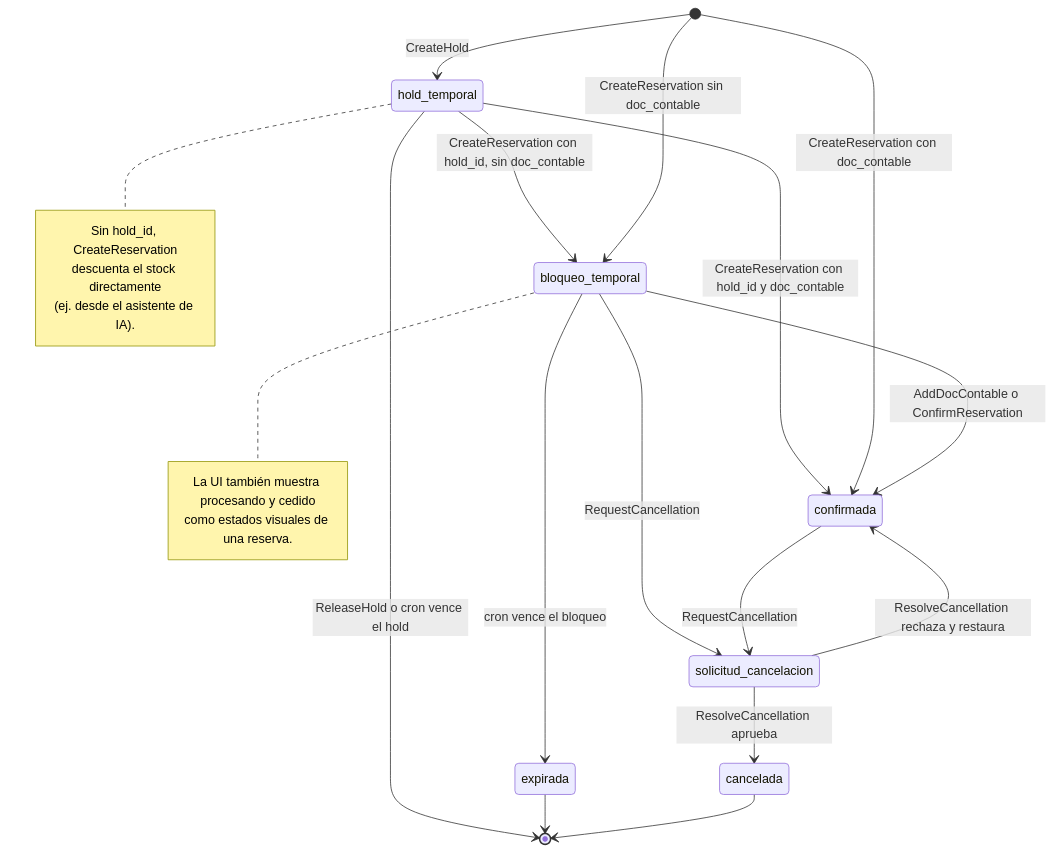
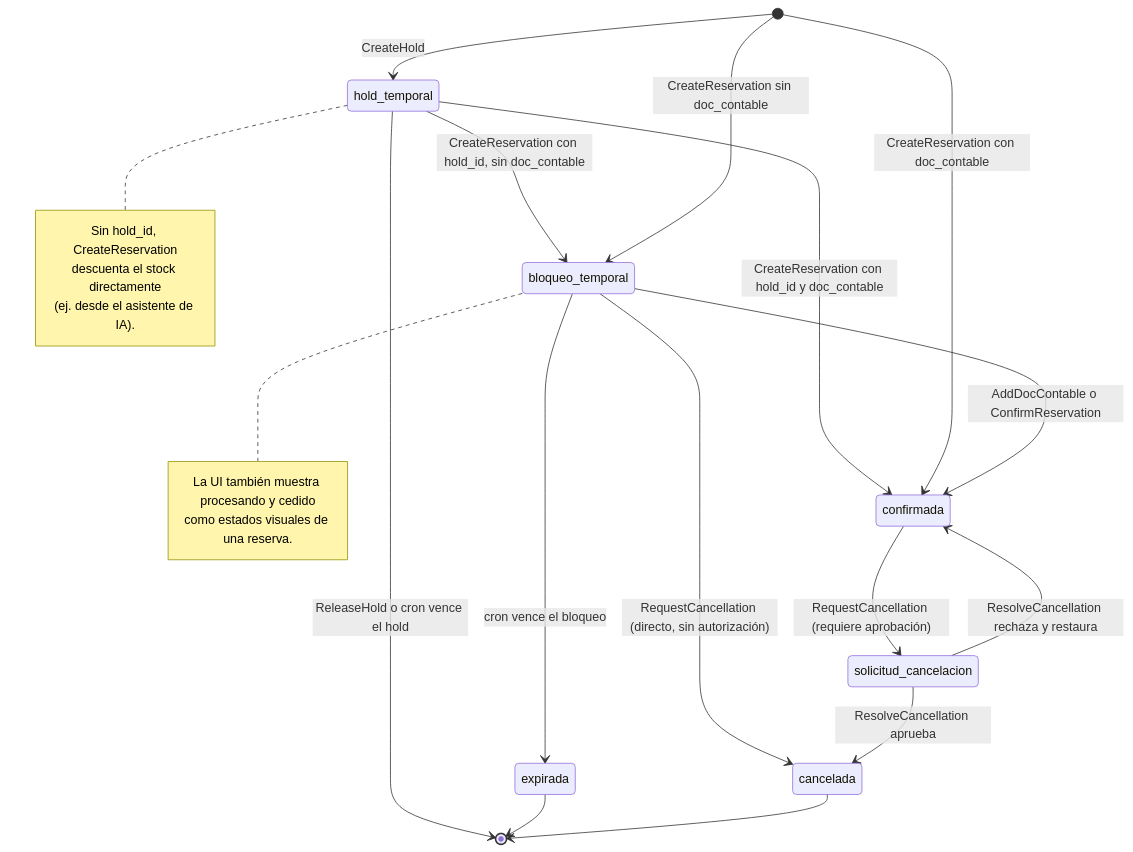
Before and after one commit to j-trz/app.cupos: the third of 16 diagrams in app-cupos/003 - Funcionalidades/Flujos de Funcionalidades.md, drawn with Mermaid. The commit also changed other lines of this file and 11 other files, not shown here.

````diff
--- a/app-cupos/003 - Funcionalidades/Flujos de Funcionalidades.md
+++ b/app-cupos/003 - Funcionalidades/Flujos de Funcionalidades.md
@@ -108,26 +109,26 @@
 ```mermaid
 stateDiagram-v2
     [*] --> hold_temporal: CreateHold
     hold_temporal --> bloqueo_temporal: CreateReservation con hold_id, sin doc_contable
     hold_temporal --> confirmada: CreateReservation con hold_id y doc_contable
     hold_temporal --> [*]: ReleaseHold o cron vence el hold
     [*] --> bloqueo_temporal: CreateReservation sin doc_contable
     [*] --> confirmada: CreateReservation con doc_contable
     bloqueo_temporal --> confirmada: AddDocContable o ConfirmReservation
     bloqueo_temporal --> expirada: cron vence el bloqueo
-    bloqueo_temporal --> solicitud_cancelacion: RequestCancellation
-    confirmada --> solicitud_cancelacion: RequestCancellation
+    bloqueo_temporal --> cancelada: RequestCancellation (directo, sin autorización)
+    confirmada --> solicitud_cancelacion: RequestCancellation (requiere aprobación)
     solicitud_cancelacion --> cancelada: ResolveCancellation aprueba
     solicitud_cancelacion --> confirmada: ResolveCancellation rechaza y restaura
     expirada --> [*]
     cancelada --> [*]
     note right of hold_temporal
         Sin hold_id, CreateReservation
         descuenta el stock directamente
         (ej. desde el asistente de IA).
     end note
     note right of bloqueo_temporal
         La UI también muestra procesando y cedido
         como estados visuales de una reserva.
     end note
 ```
````
